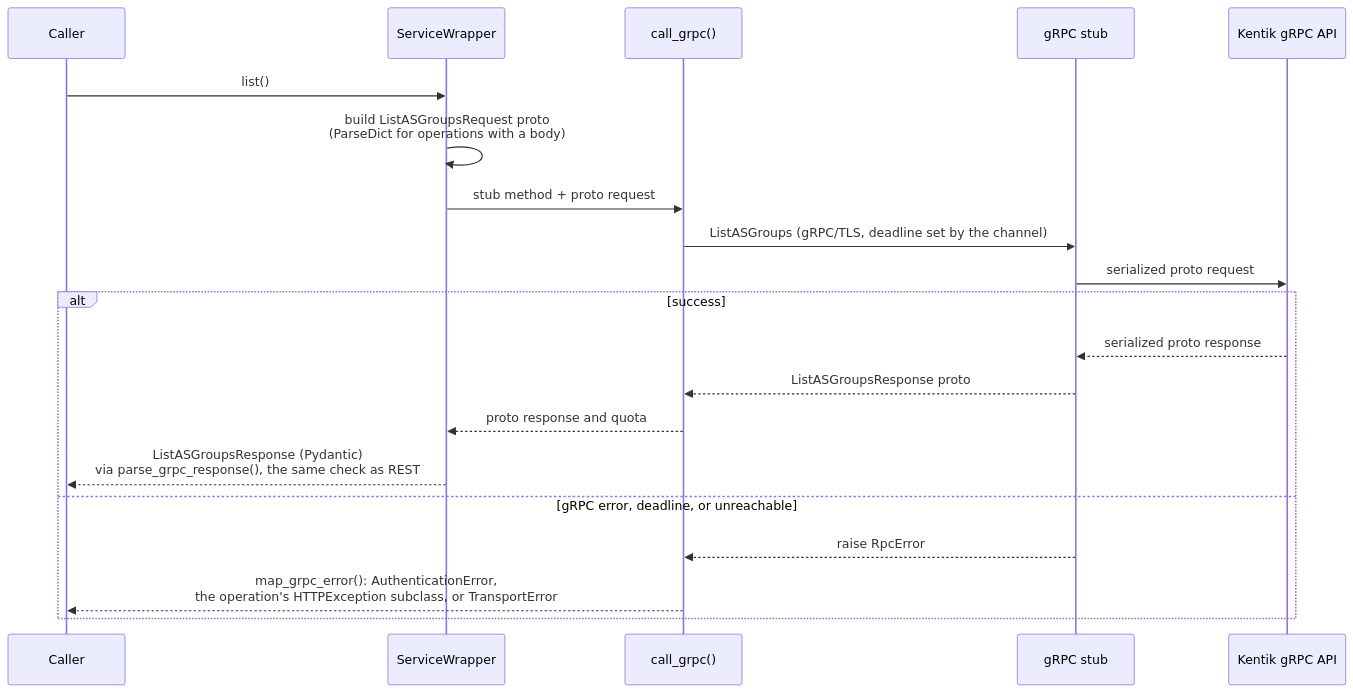
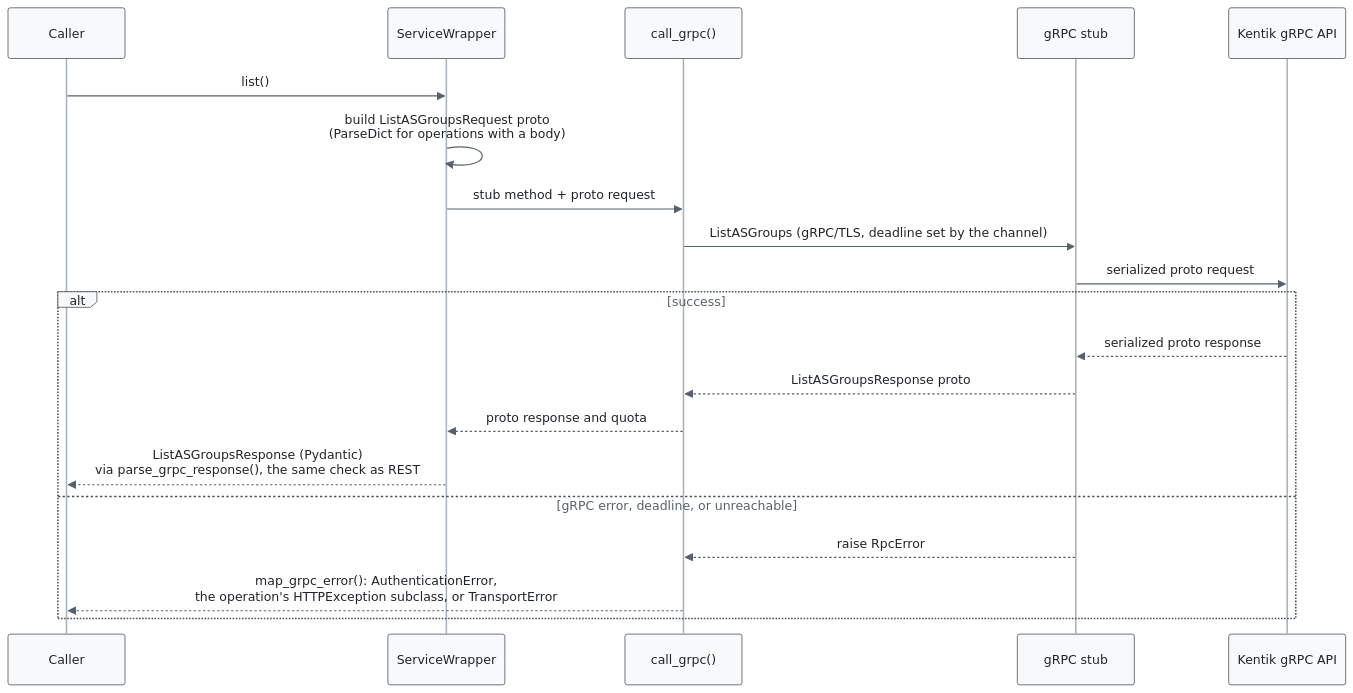
The second of 2 diagrams in docs/sphinx/guides/grpc.md (alexdearaujo/community_sdk_python), drawn with Mermaid before and after one commit. The commit also changed other lines of this file and 63 other files, not shown here.

First line of the commit message:
docs: themed Mermaid everywhere, smooth curves on the layer diagram

````diff
--- a/docs/sphinx/guides/grpc.md
+++ b/docs/sphinx/guides/grpc.md
@@ -69,23 +70,24 @@
 ```mermaid
+%%{init: {"theme": "base", "fontFamily": "ui-monospace, SFMono-Regular, Menlo, monospace", "themeVariables": {"fontFamily": "ui-monospace, SFMono-Regular, Menlo, monospace", "primaryColor": "#f8f9fa", "primaryBorderColor": "#495057", "primaryTextColor": "#212529", "textColor": "#212529", "lineColor": "#77818c", "edgeLabelBackground": "#ffffff", "actorBkg": "#f8f9fa", "actorBorder": "#495057", "actorTextColor": "#212529", "actorLineColor": "#a9b3be", "signalColor": "#57616d", "signalTextColor": "#212529", "labelBoxBkgColor": "#f8f9fa", "labelBoxBorderColor": "#495057", "labelTextColor": "#212529", "loopTextColor": "#57616d", "noteBkgColor": "#fff9db", "noteBorderColor": "#f08c00", "noteTextColor": "#a35a00"}, "flowchart": {"curve": "step", "nodeSpacing": 30, "rankSpacing": 70, "wrappingWidth": 400}}}%%
 sequenceDiagram
     participant C as Caller
     participant W as ServiceWrapper
     participant CG as call_grpc()
     participant S as gRPC stub
     participant API as Kentik gRPC API
 
     C->>W: list()
     W->>W: build ListASGroupsRequest proto<br/>(ParseDict for operations with a body)
     W->>CG: stub method + proto request
     CG->>S: ListASGroups (gRPC/TLS, deadline set by the channel)
     S->>API: serialized proto request
     alt success
         API-->>S: serialized proto response
         S-->>CG: ListASGroupsResponse proto
         CG-->>W: proto response and quota
         W-->>C: ListASGroupsResponse (Pydantic)<br/>via parse_grpc_response(), the same check as REST
     else gRPC error, deadline, or unreachable
         S-->>CG: raise RpcError
         CG-->>C: map_grpc_error(): AuthenticationError,<br/>the operation's HTTPException subclass, or TransportError
     end
 ```
````
